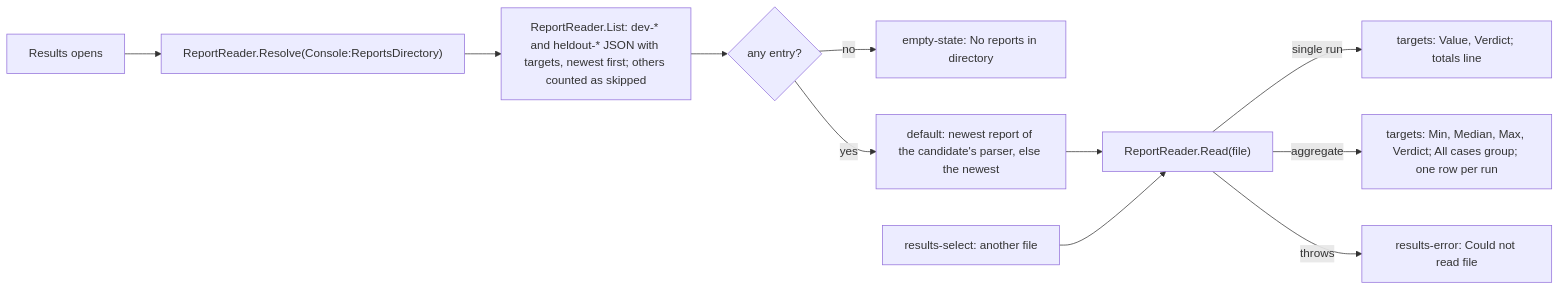
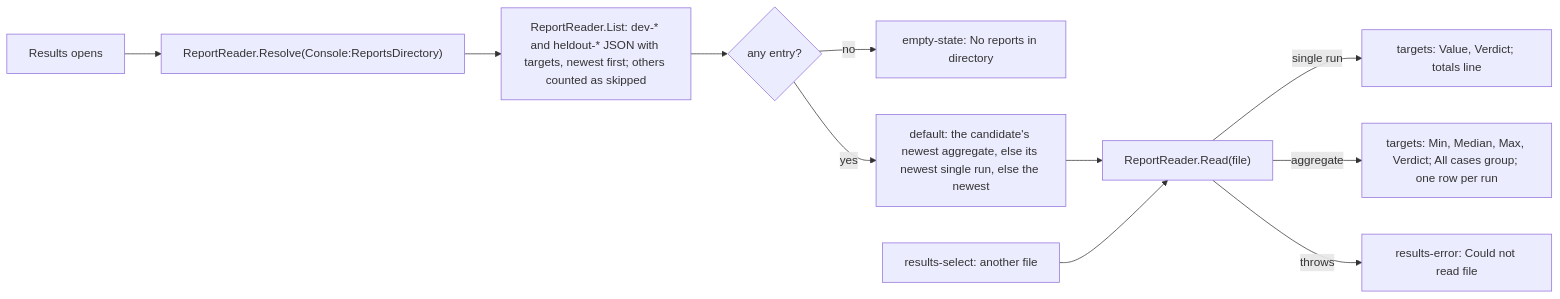
Diagram 12 of 14 in docs/agent-web.md (Khalil-Alhadidi/Naqoli), drawn with Mermaid before and after one commit. The commit also changed other lines of this file and 5 other files, not shown here.

Commit message:
fix(core): the Results panel opens on the candidate's newest aggregate, not its latest single run (an aggregate carries its first run's start); Resolve returns a full path; ReportReaderTests

````diff
--- a/docs/agent-web.md
+++ b/docs/agent-web.md
@@ -863,13 +863,13 @@
 ```mermaid
 flowchart LR
     open["Results opens"] --> resolve["ReportReader.Resolve(Console:ReportsDirectory)"]
     resolve --> list["ReportReader.List: dev-* and heldout-* JSON with targets, newest first; others counted as skipped"]
     list --> none{"any entry?"}
     none -- no --> empty["empty-state: No reports in directory"]
-    none -- yes --> default["default: newest report of the candidate's parser, else the newest"]
+    none -- yes --> default["default: the candidate's newest aggregate, else its newest single run, else the newest"]
     default --> read["ReportReader.Read(file)"]
     pick["results-select: another file"] --> read
     read -- single run --> single["targets: Value, Verdict; totals line"]
     read -- aggregate --> agg["targets: Min, Median, Max, Verdict; All cases group; one row per run"]
     read -- throws --> error["results-error: Could not read file"]
 ```
````
